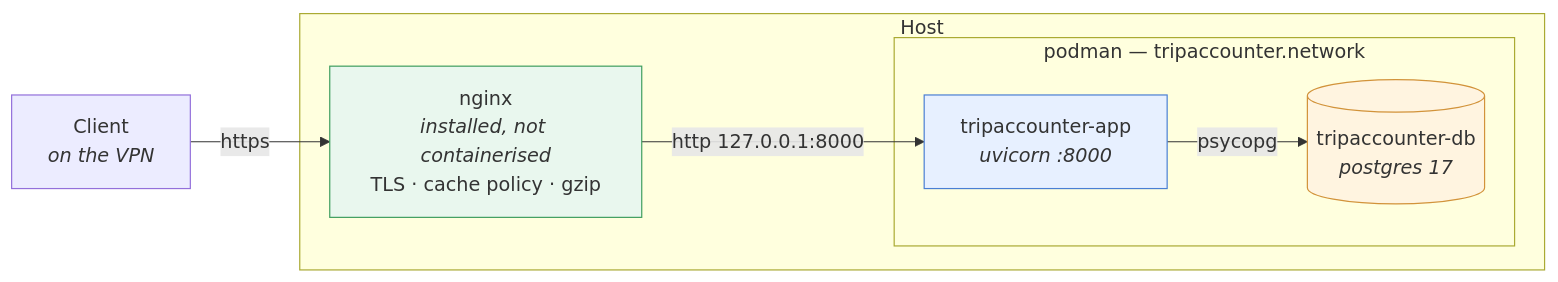
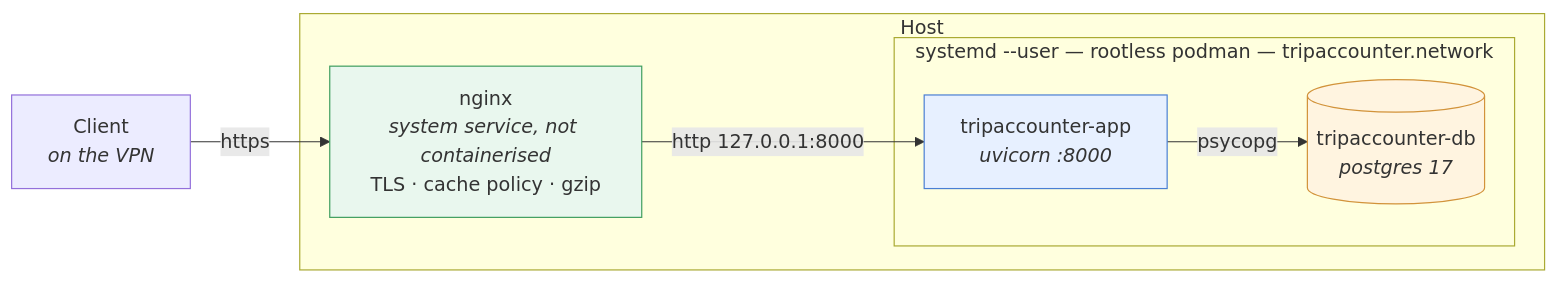
Before and after one commit to pehala/tripaccounter: the diagram in DEPLOY.md, drawn with Mermaid. The commit also changed other lines of this file and 3 other files, not shown here.

````diff
--- a/DEPLOY.md
+++ b/DEPLOY.md
@@ -14,20 +15,20 @@
 ```mermaid
 flowchart LR
     vpn["Client<br/><i>on the VPN</i>"]
 
     subgraph hostbox["Host"]
-        nginx["nginx<br/><i>installed, not containerised</i><br/>TLS · cache policy · gzip"]
-        subgraph podman["podman — tripaccounter.network"]
+        nginx["nginx<br/><i>system service, not containerised</i><br/>TLS · cache policy · gzip"]
+        subgraph user["systemd --user — rootless podman — tripaccounter.network"]
             app["tripaccounter-app<br/><i>uvicorn :8000</i>"]
             db[("tripaccounter-db<br/><i>postgres 17</i>")]
         end
     end
 
     vpn -- "https" --> nginx
     nginx -- "http 127.0.0.1:8000" --> app
     app -- "psycopg" --> db
 
     style nginx fill:#e9f7ee,stroke:#3f9e5f
     style app fill:#e7f0ff,stroke:#4a7fd4
     style db fill:#fff4e0,stroke:#d2933a
 ```
````
